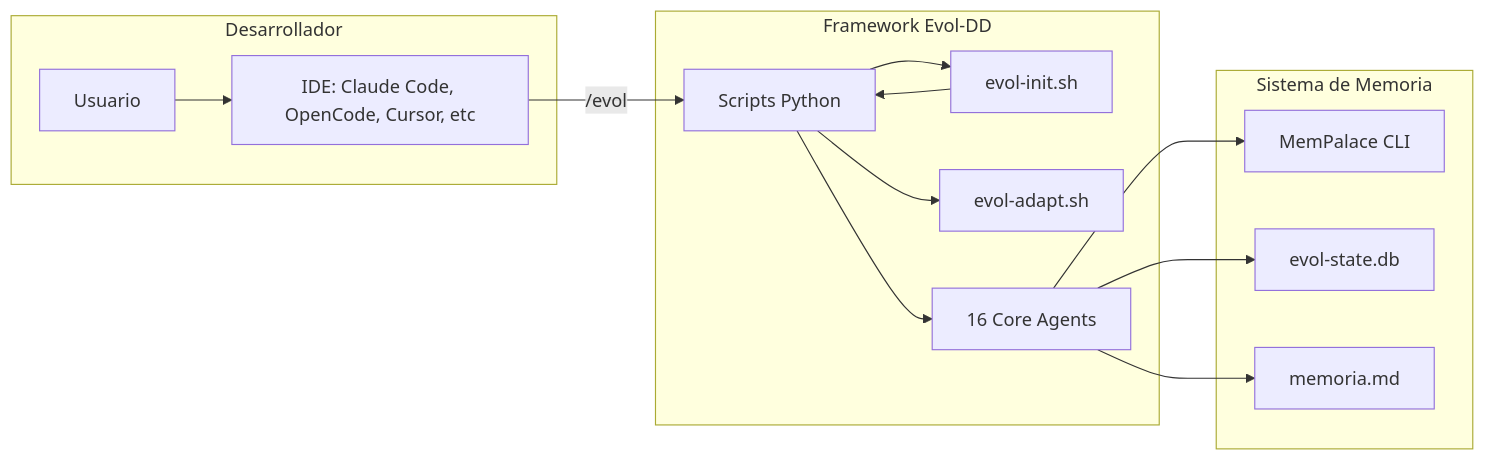
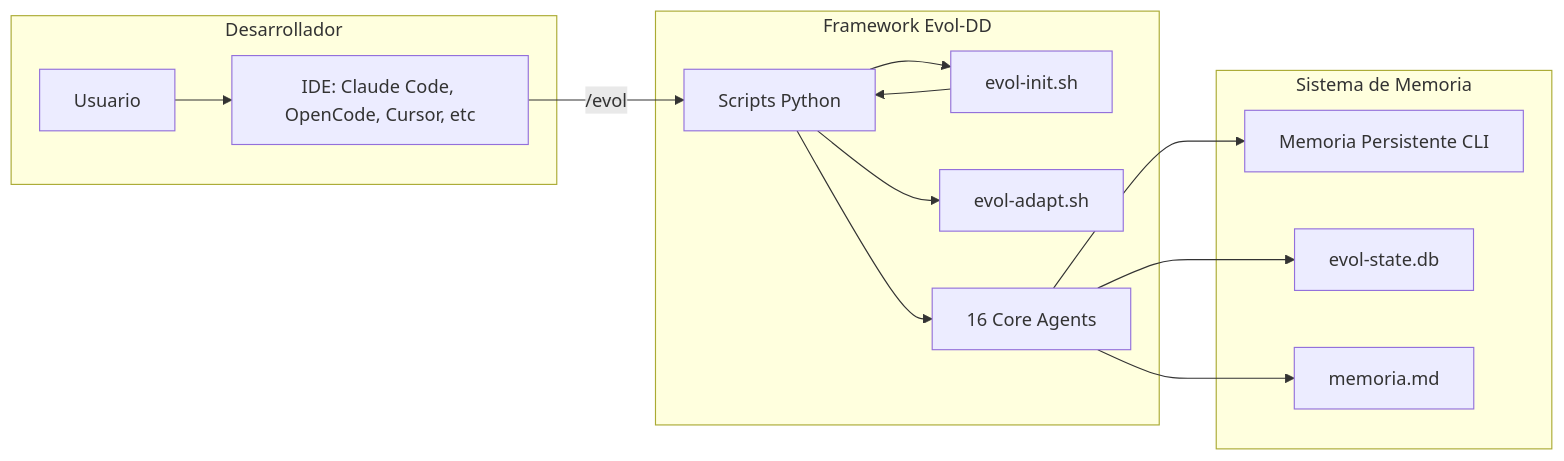
The sixth of 6 diagrams in docs/arquitectura/ARQUITECTURA.md (Cucholambr3ta/evol-system), drawn with Mermaid before and after one commit. The commit also changed other lines of this file and 80 other files, not shown here.

````diff
--- a/docs/arquitectura/ARQUITECTURA.md
+++ b/docs/arquitectura/ARQUITECTURA.md
@@ -373,30 +372,30 @@
 ```mermaid
 graph LR
     subgraph "Desarrollador"
         U[Usuario]
         IDE[IDE: Claude Code, OpenCode, Cursor, etc]
     end
 
     subgraph "Framework Evol-DD"
         CLI[evol-init.sh]
         AD[evol-adapt.sh]
         SCR[Scripts Python]
         AG[16 Core Agents]
     end
 
     subgraph "Sistema de Memoria"
-        MP[MemPalace CLI]
+        MP[Memoria Persistente CLI]
         SQL[evol-state.db]
         MEM[memoria.md]
     end
 
     U --> IDE
     IDE -->|/evol| SCR
     SCR --> AG
     SCR --> CLI
     SCR --> AD
     CLI --> SCR
     AG --> MP
     AG --> SQL
     AG --> MEM
 ```
````
